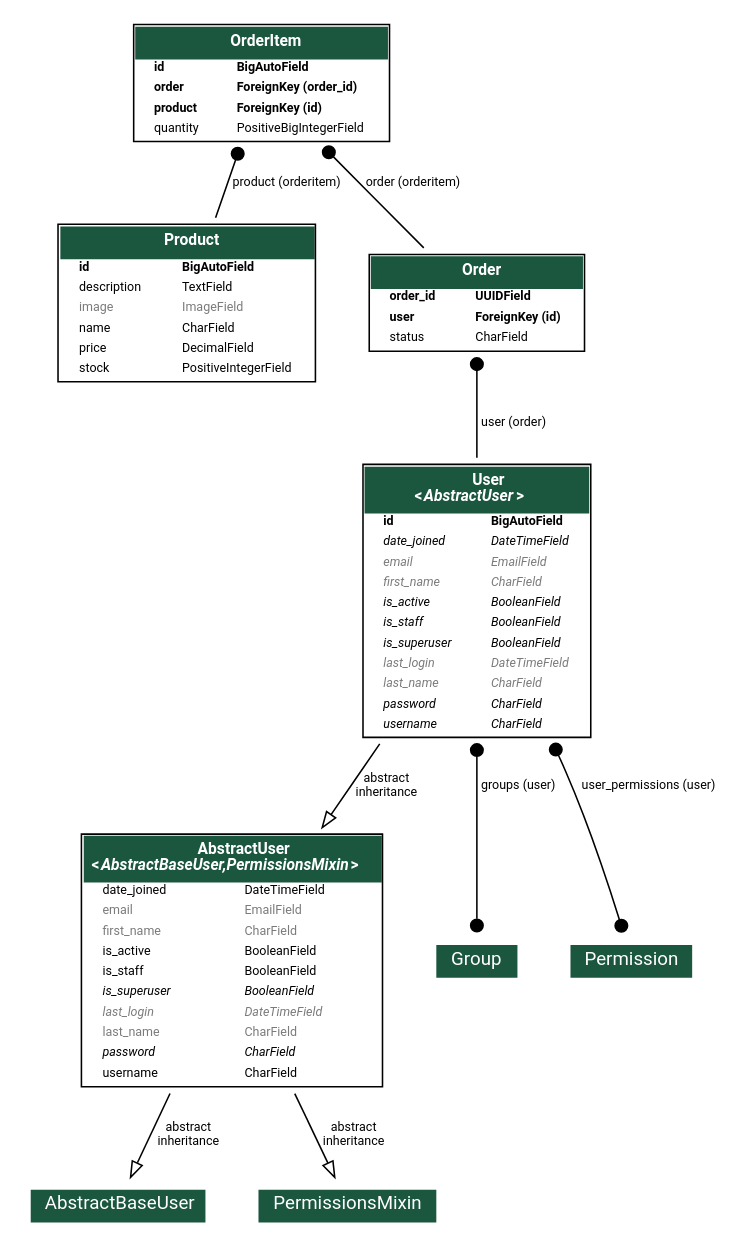
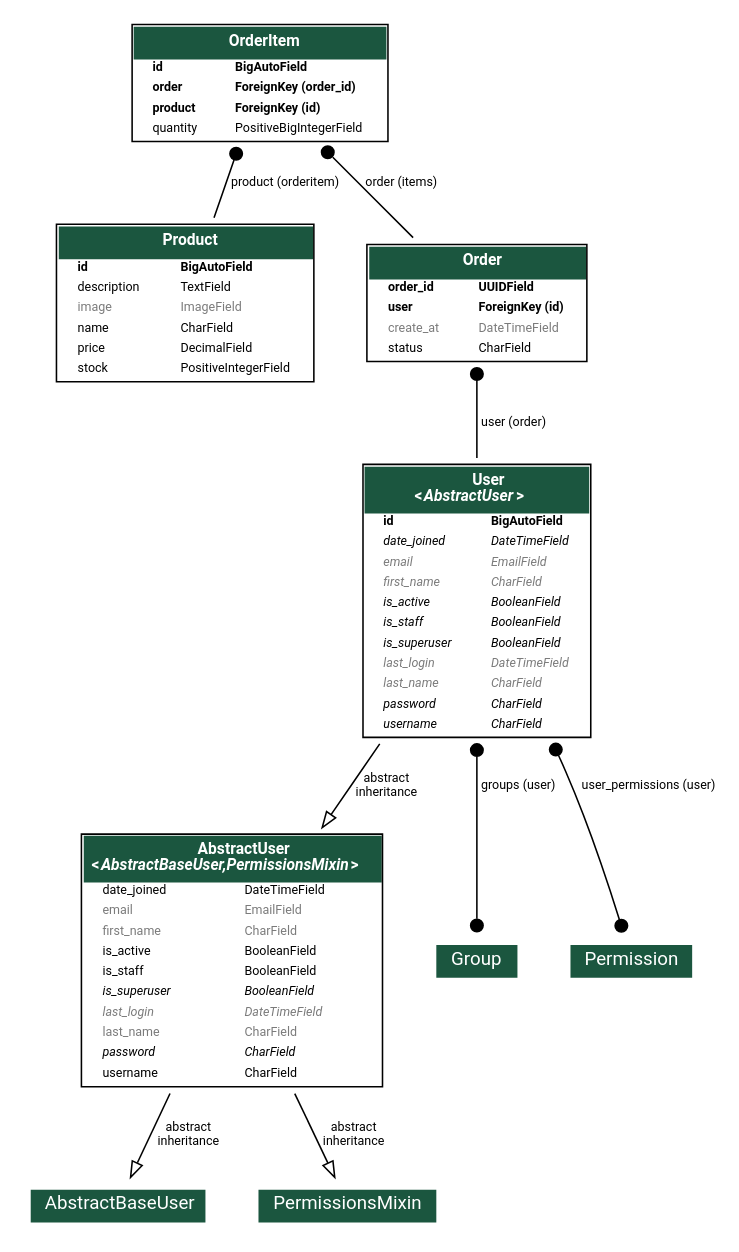
One commit to SILAMEAS/best-config-django-rest-framework changed the diagram in models.dot. Above: the diagram before and after it, drawn with Graphviz. The commit also changed 28 other files, not shown here.

```diff
--- a/models.dot
+++ b/models.dot
@@ -1,6 +1,6 @@
 digraph model_graph {
   // Dotfile by Django-Extensions graph_models
-  // Created: 2025-02-04 10:49
+  // Created: 2025-02-04 20:24
   // Cli Options: api
 
   fontname = "Roboto"
@@ -293,6 +293,14 @@
   
   
     <TR><TD ALIGN="LEFT" BORDER="0">
+    <FONT COLOR="#7B7B7B" FACE="Roboto">create_at</FONT>
+    </TD><TD ALIGN="LEFT">
+    <FONT COLOR="#7B7B7B" FACE="Roboto">DateTimeField</FONT>
+    </TD></TR>
+  
+  
+  
+    <TR><TD ALIGN="LEFT" BORDER="0">
     <FONT FACE="Roboto">status</FONT>
     </TD><TD ALIGN="LEFT">
     <FONT FACE="Roboto">CharField</FONT>
@@ -392,7 +400,7 @@
   [label=" user (order)"] [arrowhead=none, arrowtail=dot, dir=both];
 
   api_models_OrderItem -> api_models_Order
-  [label=" order (orderitem)"] [arrowhead=none, arrowtail=dot, dir=both];
+  [label=" order (items)"] [arrowhead=none, arrowtail=dot, dir=both];
 
   api_models_OrderItem -> api_models_Product
   [label=" product (orderitem)"] [arrowhead=none, arrowtail=dot, dir=both];
```
